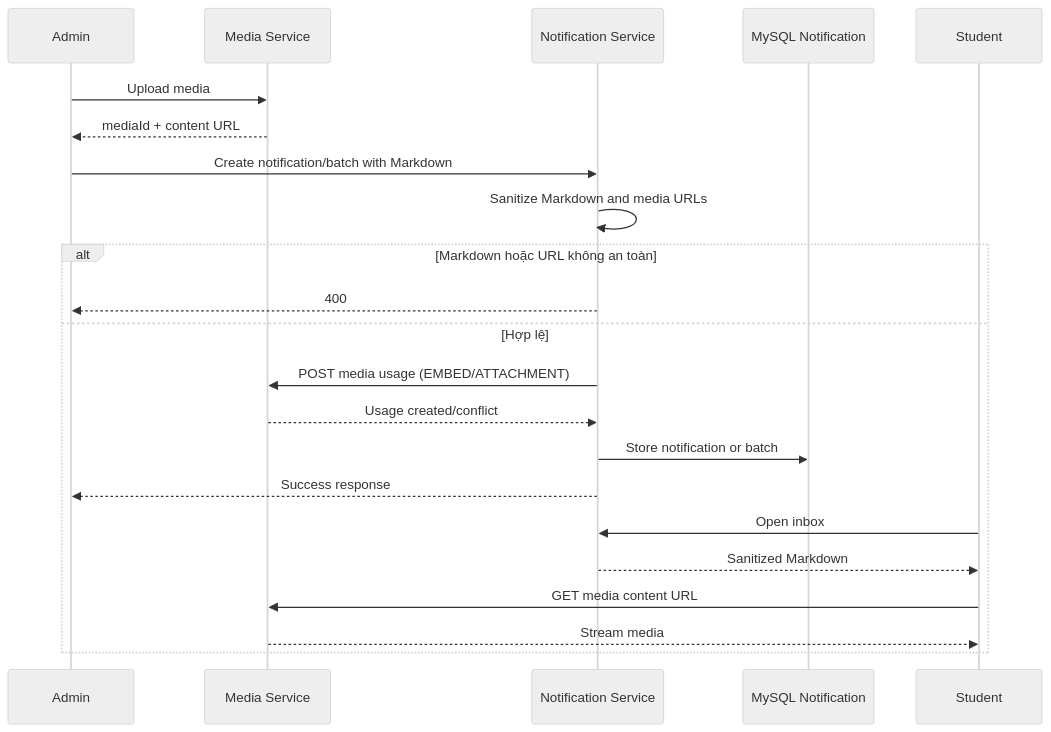
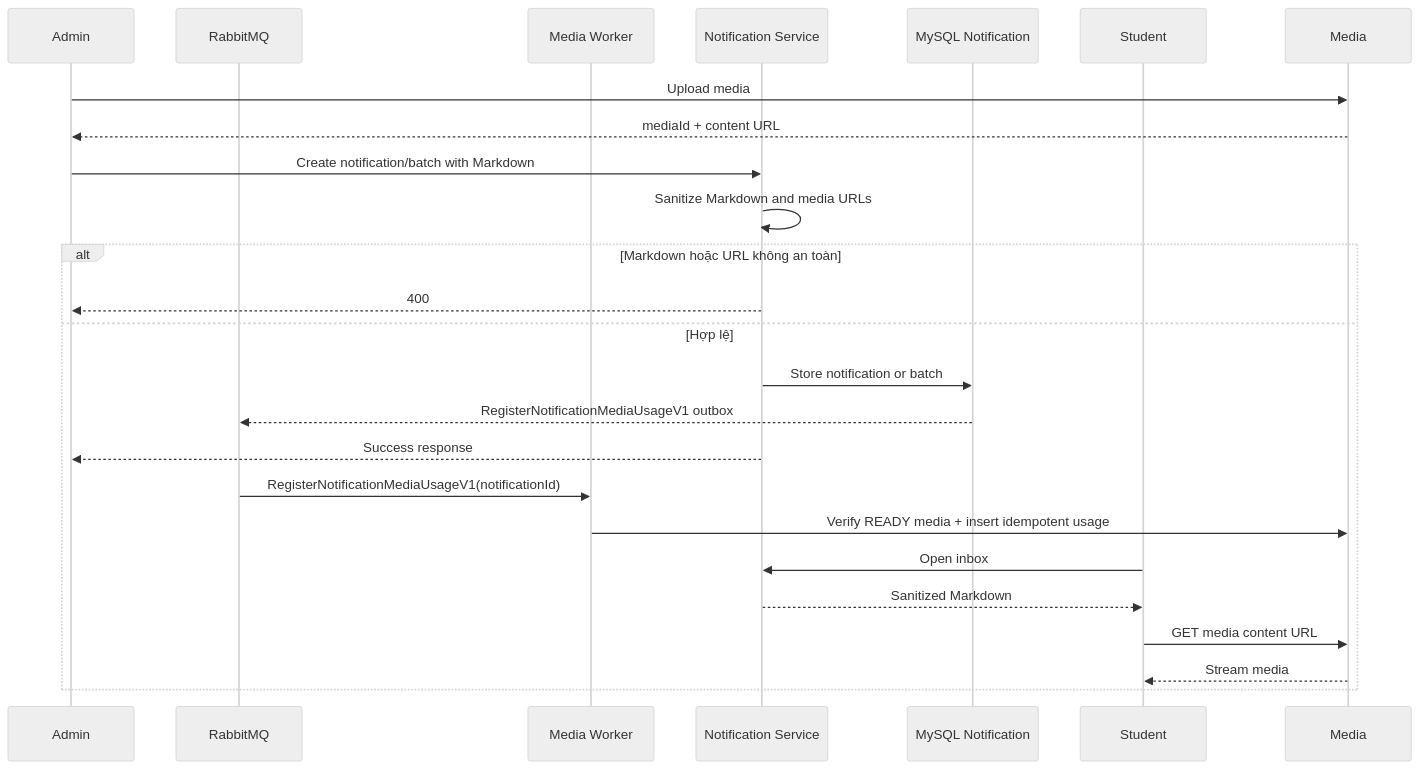
One commit to Minhduc7904/MiniProjectTrainingKaopiz changed the diagram in ducnm3/docs/business-flows/notifications/notification-media-content.md. Above: the diagram before and after it, drawn with Mermaid (neutral theme). The commit also changed other lines of this file and 48 other files, not shown here.

Commit message:
feat(notification-service): add GET endpoint for retrieving notification details by ID

````diff
--- a/ducnm3/docs/business-flows/notifications/notification-media-content.md
+++ b/ducnm3/docs/business-flows/notifications/notification-media-content.md
@@ -19,25 +19,27 @@
 ```mermaid
 sequenceDiagram
     participant Admin
-    participant Media as Media Service
+    participant Bus as RabbitMQ
+    participant Worker as Media Worker
     participant Notification as Notification Service
     participant DB as MySQL Notification
     participant Student
 
     Admin->>Media: Upload media
     Media-->>Admin: mediaId + content URL
     Admin->>Notification: Create notification/batch with Markdown
     Notification->>Notification: Sanitize Markdown and media URLs
     alt Markdown hoặc URL không an toàn
         Notification-->>Admin: 400
     else Hợp lệ
-        Notification->>Media: POST media usage (EMBED/ATTACHMENT)
-        Media-->>Notification: Usage created/conflict
         Notification->>DB: Store notification or batch
+        DB-->>Bus: RegisterNotificationMediaUsageV1 outbox
         Notification-->>Admin: Success response
+        Bus->>Worker: RegisterNotificationMediaUsageV1(notificationId)
+        Worker->>Media: Verify READY media + insert idempotent usage
         Student->>Notification: Open inbox
         Notification-->>Student: Sanitized Markdown
         Student->>Media: GET media content URL
         Media-->>Student: Stream media
     end
 ```
````
